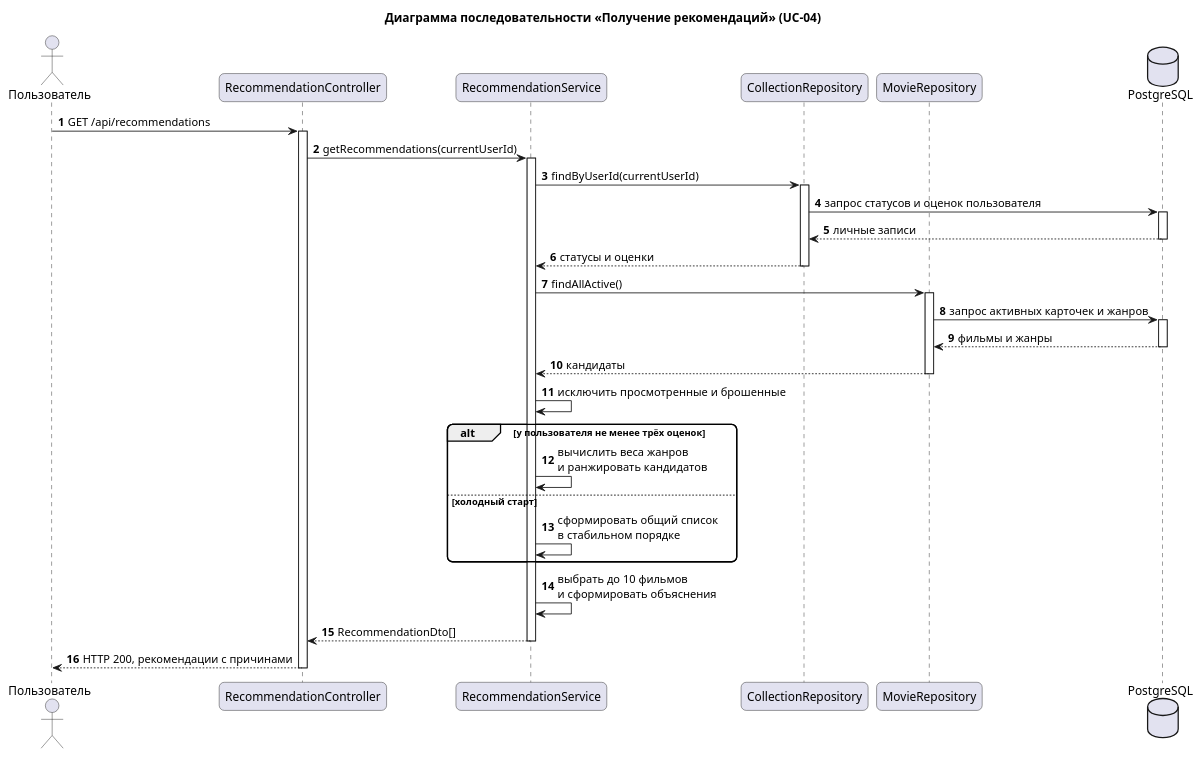
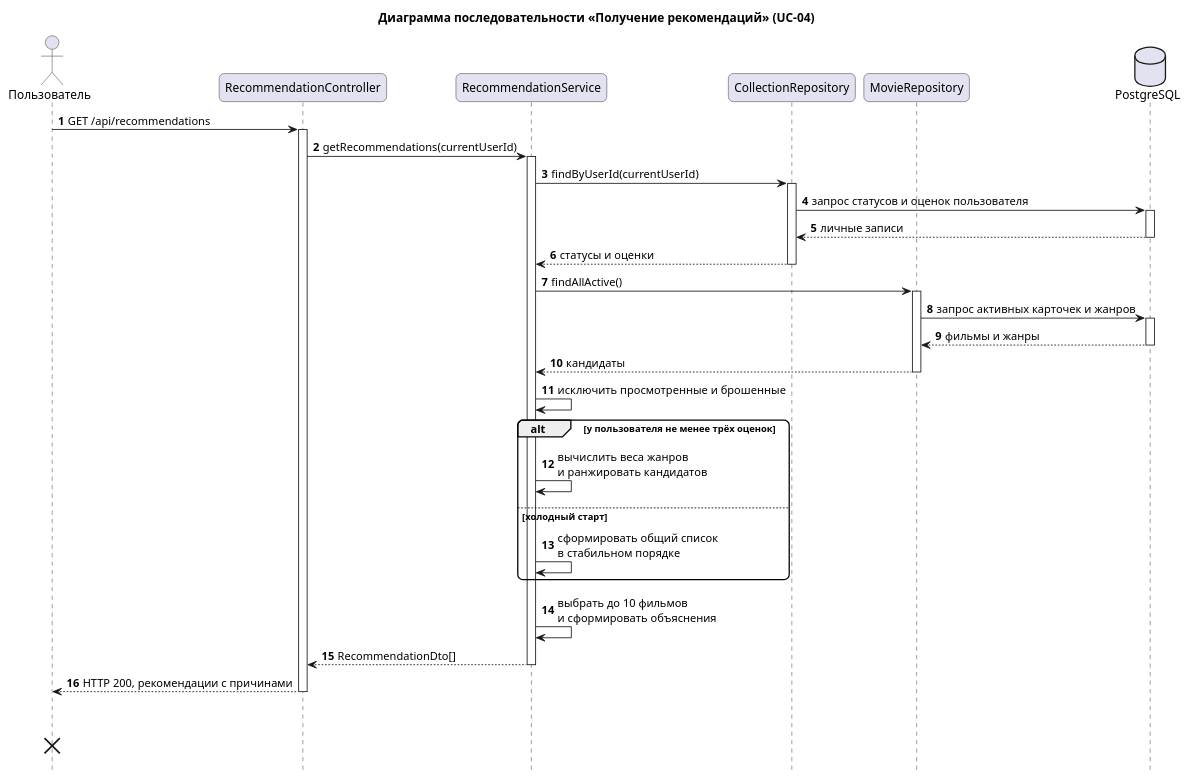
One commit to Anima-ui/SDLC changed the diagram in uml/sequence.puml. Above: the diagram before and after it, drawn with PlantUML. The commit also changed 21 other files, not shown here.

Commit message:
Завершить статические UML-модели ЛР6 и согласовать документацию

```diff
--- a/uml/sequence.puml
+++ b/uml/sequence.puml
@@ -1,51 +1,80 @@
 @startuml
+!pragma teoz true
 skinparam defaultFontName Arial
 skinparam shadowing false
 skinparam roundcorner 12
+hide footbox
 autonumber
 title Диаграмма последовательности «Получение рекомендаций» (UC-04)
 
 actor Пользователь as User
 participant "RecommendationController" as Controller
 participant "RecommendationService" as Service
 participant "CollectionRepository" as CollectionRepo
 participant "MovieRepository" as MovieRepo
 database "PostgreSQL" as DB
 
 User -> Controller : GET /api/recommendations
 activate Controller
 Controller -> Service : getRecommendations(currentUserId)
 activate Service
 
 Service -> CollectionRepo : findByUserId(currentUserId)
 activate CollectionRepo
 CollectionRepo -> DB : запрос статусов и оценок пользователя
 activate DB
 DB --> CollectionRepo : личные записи
 deactivate DB
 CollectionRepo --> Service : статусы и оценки
 deactivate CollectionRepo
 
 Service -> MovieRepo : findAllActive()
 activate MovieRepo
 MovieRepo -> DB : запрос активных карточек и жанров
 activate DB
 DB --> MovieRepo : фильмы и жанры
 deactivate DB
 MovieRepo --> Service : кандидаты
 deactivate MovieRepo
 
 Service -> Service : исключить просмотренные и брошенные
 
 alt у пользователя не менее трёх оценок
   Service -> Service : вычислить веса жанров\nи ранжировать кандидатов
 else холодный старт
   Service -> Service : сформировать общий список\nв стабильном порядке
 end
 
 Service -> Service : выбрать до 10 фильмов\nи сформировать объяснения
 Service --> Controller : RecommendationDto[]
 deactivate Service
 Controller --> User : HTTP 200, рекомендации с причинами
 deactivate Controller
+
+autonumber stop
+||16||
+<style>
+sequenceDiagram {
+  group, groupHeader {
+    LineColor transparent
+    BackgroundColor transparent
+    FontColor transparent
+  }
+}
+</style>
+group
+  User -[hidden]> Controller
+  destroy User
+  destroy Controller
+end
+& group
+  Service -[hidden]> CollectionRepo
+  destroy Service
+  destroy CollectionRepo
+end
+& group
+  MovieRepo -[hidden]> DB
+  destroy MovieRepo
+  destroy DB
+end
 @enduml
```
